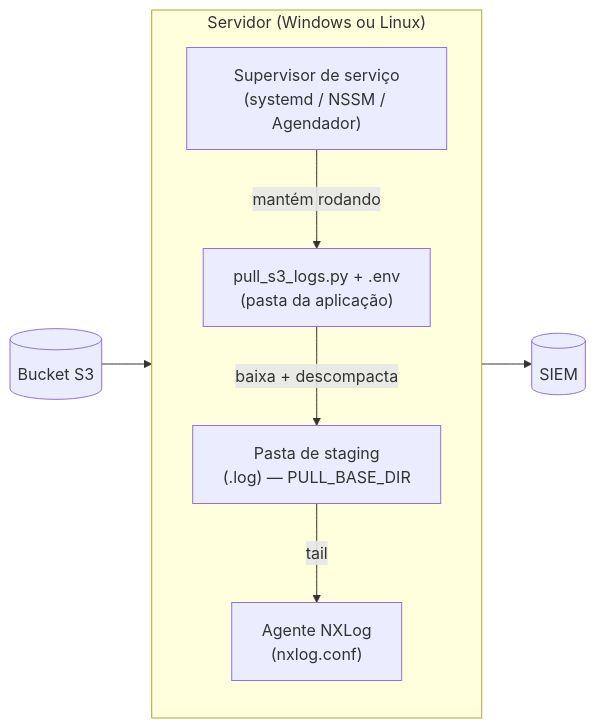
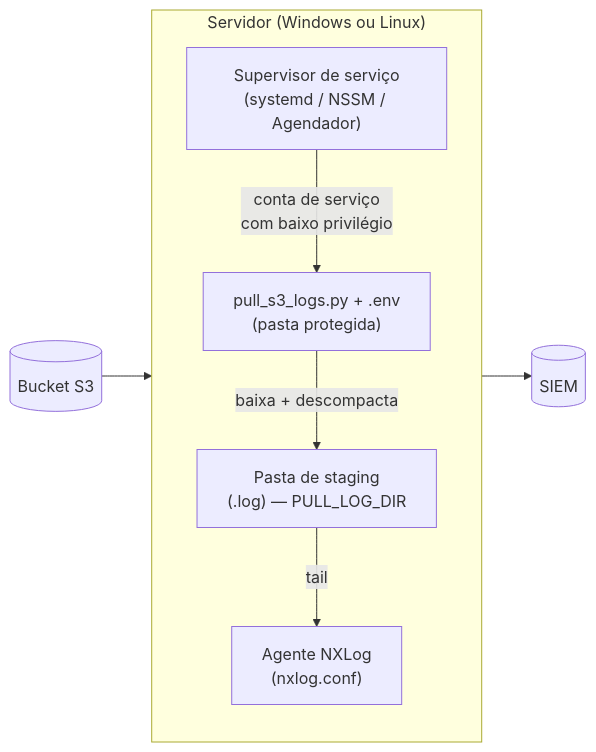
The second of 3 diagrams in README.md (boliveiras/pull-logs-s3), drawn with Mermaid before and after one commit. The commit also changed other lines of this file and 2 other files, not shown here.

First line of the commit message:
docs: separa pastas de .gz e .log (evita D:\Logs\Logs)

````diff
--- a/README.md
+++ b/README.md
@@ -104,16 +106,16 @@
 ```mermaid
 flowchart LR
     S3[("Bucket S3")]
     subgraph SRV["Servidor (Windows ou Linux)"]
         direction TB
         SVC["Supervisor de serviço<br/>(systemd / NSSM / Agendador)"]
-        APP["pull_s3_logs.py + .env<br/>(pasta da aplicação)"]
-        STG["Pasta de staging<br/>(.log) — PULL_BASE_DIR"]
+        APP["pull_s3_logs.py + .env<br/>(pasta protegida)"]
+        STG["Pasta de staging<br/>(.log) — PULL_LOG_DIR"]
         AG["Agente NXLog<br/>(nxlog.conf)"]
-        SVC -->|mantém rodando| APP
+        SVC -->|conta de serviço<br/>com baixo privilégio| APP
         APP -->|baixa + descompacta| STG
         STG -->|tail| AG
     end
     S3 --> APP
     AG --> SIEM[("SIEM")]
 ```
````
